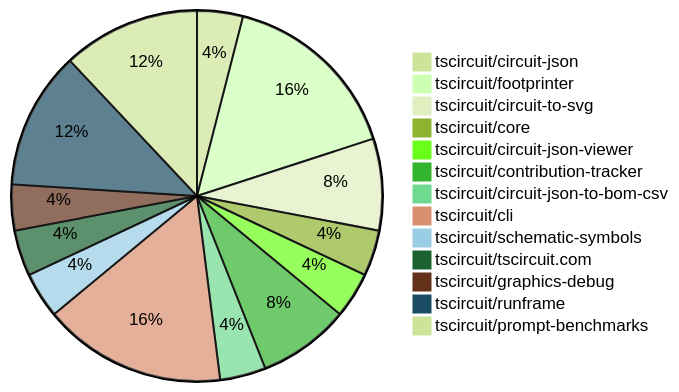
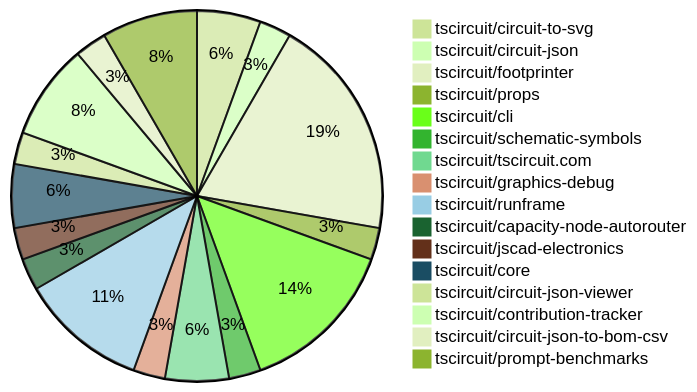
Before and after one commit to tscircuit/contribution-tracker: the diagram in README.md, drawn with Mermaid (forest theme). The commit also changed other lines of this file and 2 other files, not shown here.

Commit message:
Update contribution overviews

````diff
--- a/README.md
+++ b/README.md
@@ -24,16 +24,19 @@
 ```mermaid
 pie
+    "tscircuit/circuit-to-svg" : 2
     "tscircuit/circuit-json" : 1
-    "tscircuit/footprinter" : 4
-    "tscircuit/circuit-to-svg" : 2
-    "tscircuit/core" : 1
+    "tscircuit/footprinter" : 7
+    "tscircuit/props" : 1
+    "tscircuit/cli" : 5
+    "tscircuit/schematic-symbols" : 1
+    "tscircuit/tscircuit.com" : 2
+    "tscircuit/graphics-debug" : 1
+    "tscircuit/runframe" : 4
+    "tscircuit/capacity-node-autorouter" : 1
+    "tscircuit/jscad-electronics" : 1
+    "tscircuit/core" : 2
     "tscircuit/circuit-json-viewer" : 1
-    "tscircuit/contribution-tracker" : 2
+    "tscircuit/contribution-tracker" : 3
     "tscircuit/circuit-json-to-bom-csv" : 1
-    "tscircuit/cli" : 4
-    "tscircuit/schematic-symbols" : 1
-    "tscircuit/tscircuit.com" : 1
-    "tscircuit/graphics-debug" : 1
-    "tscircuit/runframe" : 3
     "tscircuit/prompt-benchmarks" : 3
 ```
````
